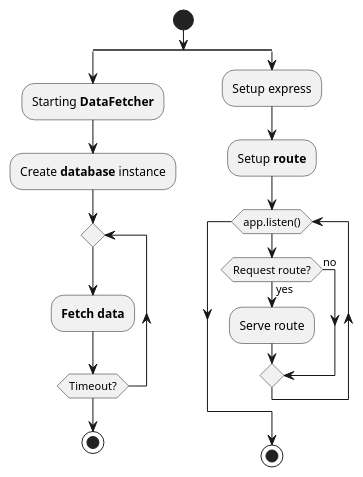
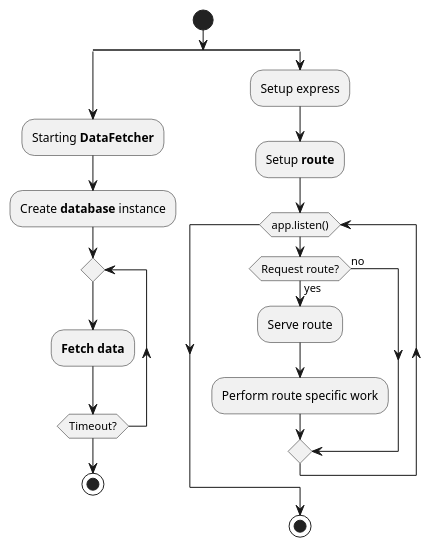
One commit to kanjizoiie/dashboard changed the fourth of 4 diagrams in uml/test.wsd. Above: the diagram before and after it, drawn with PlantUML. The commit also changed other lines of this file and 45 other files, not shown here.

```diff
--- a/uml/test.wsd
+++ b/uml/test.wsd
@@ -42,20 +63,21 @@
 @startuml Dashboard
 start
 split
     :Starting **DataFetcher**;
     :Create **database** instance;
     repeat
         :**Fetch data**;
     repeat while (Timeout?)
     stop
 split again
     :Setup express;
     :Setup **route**;
     while (app.listen())
         if (Request route?) then (yes)
             :Serve route;
+            :Perform route specific work;
         else (no)
         endif
     endwhile
     stop
 @enduml
```
